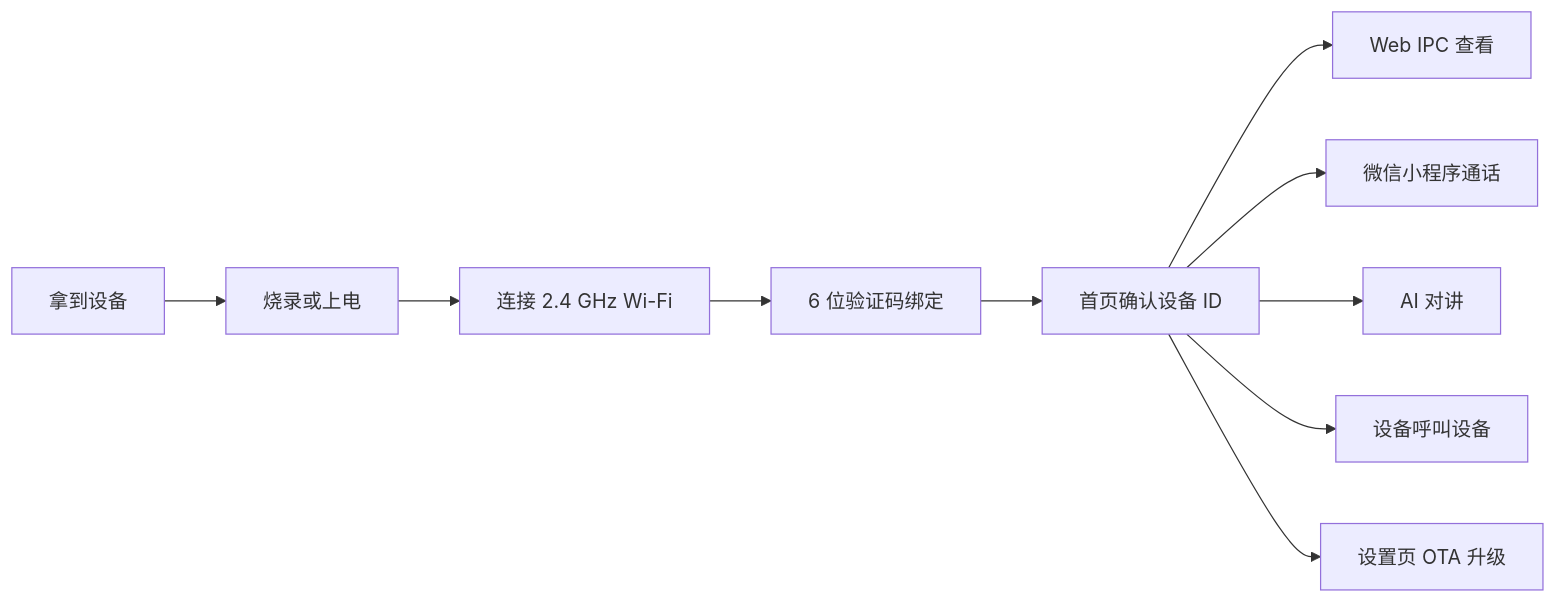
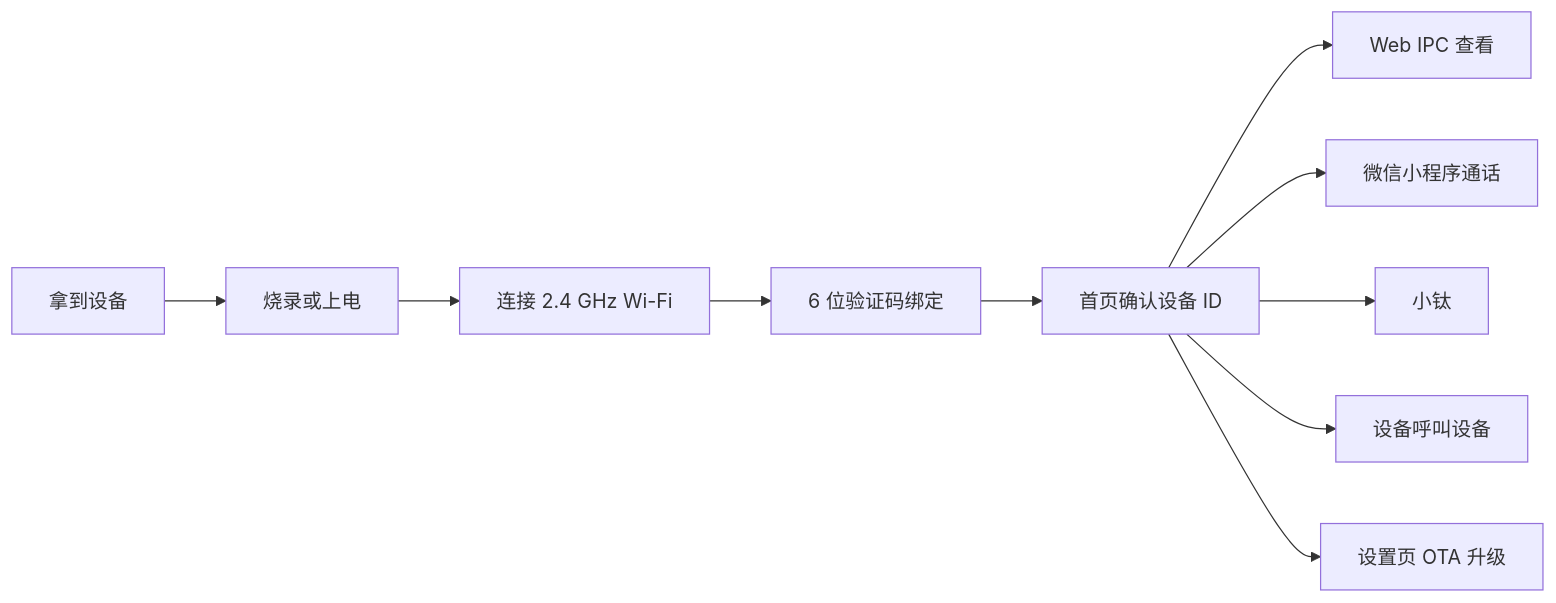
Before and after one commit to tangeai/tirtc-device-example: the first of 2 diagrams in complete-applications/esp32-s3/device-monitor/docs/USER_EXPERIENCE_FLOW_CN.md, drawn with Mermaid. The commit also changed other lines of this file and 357 other files, not shown here.

````diff
--- a/complete-applications/esp32-s3/device-monitor/docs/USER_EXPERIENCE_FLOW_CN.md
+++ b/complete-applications/esp32-s3/device-monitor/docs/USER_EXPERIENCE_FLOW_CN.md
@@ -9,12 +11,12 @@
 ```mermaid
 flowchart LR
     A["拿到设备"] --> B["烧录或上电"]
     B --> C["连接 2.4 GHz Wi-Fi"]
     C --> D["6 位验证码绑定"]
     D --> E["首页确认设备 ID"]
     E --> F["Web IPC 查看"]
     E --> G["微信小程序通话"]
-    E --> H["AI 对讲"]
+    E --> H["小钛"]
     E --> I["设备呼叫设备"]
     E --> J["设置页 OTA 升级"]
 ```
````
